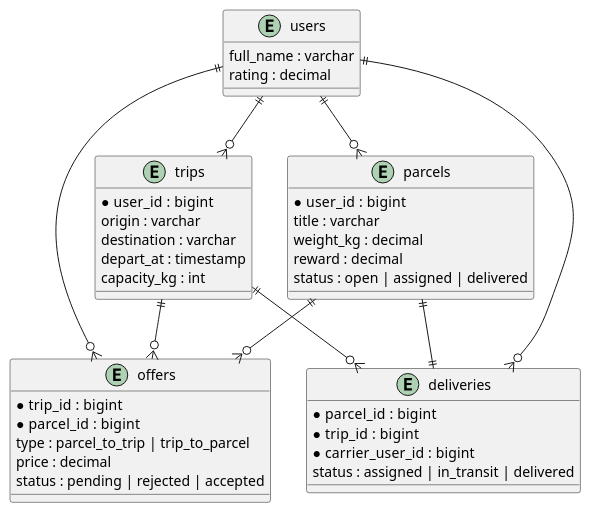
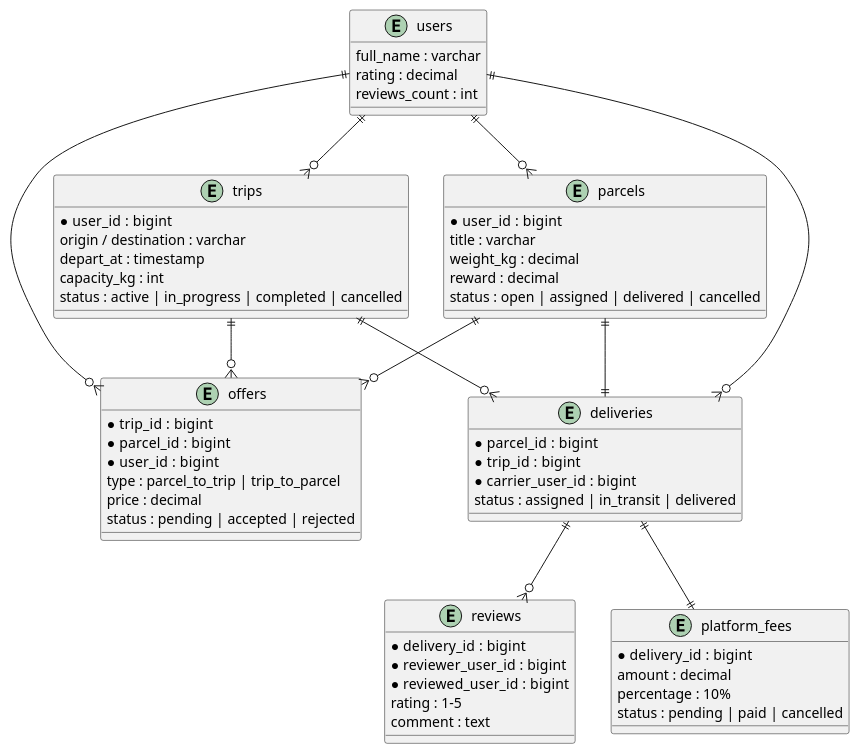
The diagram in docs/db-schema.puml (Gammanik/PeerPack), drawn with PlantUML before and after one commit. The commit also changed 1 other file, not shown here.

Commit message:
simplify db-schema.puml add state-machine.puml

```diff
--- a/docs/db-schema.puml
+++ b/docs/db-schema.puml
@@ -1,51 +1,71 @@
 @startuml PeerPack_Database_Schema
 
 entity users {
   full_name : varchar
   rating : decimal
+  reviews_count : int
 }
 
 entity trips {
   ● user_id : bigint
-  origin : varchar
-  destination : varchar
+  origin / destination : varchar
   depart_at : timestamp
   capacity_kg : int
+  status : active | in_progress | completed | cancelled
 }
 
 entity parcels {
   ● user_id : bigint
   title : varchar
   weight_kg : decimal
   reward : decimal
-  status : open | assigned | delivered
+  status : open | assigned | delivered | cancelled
 }
 
 entity offers {
   ● trip_id : bigint
   ● parcel_id : bigint
+  ● user_id : bigint
   type : parcel_to_trip | trip_to_parcel
   price : decimal
-  status : pending | rejected | accepted
+  status : pending | accepted | rejected
 }
 
 entity deliveries {
   ● parcel_id : bigint
   ● trip_id : bigint
   ● carrier_user_id : bigint
   status : assigned | in_transit | delivered
 }
 
-' ========== СВЯЗИ ==========
+entity reviews {
+  ● delivery_id : bigint
+  ● reviewer_user_id : bigint
+  ● reviewed_user_id : bigint
+  rating : 1-5
+  comment : text
+}
+
+entity platform_fees {
+  ● delivery_id : bigint
+  amount : decimal
+  percentage : 10%
+  status : pending | paid | cancelled
+}
+
+' === Связи ===
 users ||--o{ trips
 users ||--o{ parcels
 users ||--o{ offers
 users ||--o{ deliveries
 
 trips ||--o{ offers
 parcels ||--o{ offers
 
 trips ||--o{ deliveries
 parcels ||--|| deliveries
 
+deliveries ||--o{ reviews
+deliveries ||--|| platform_fees
+
 @enduml
```
